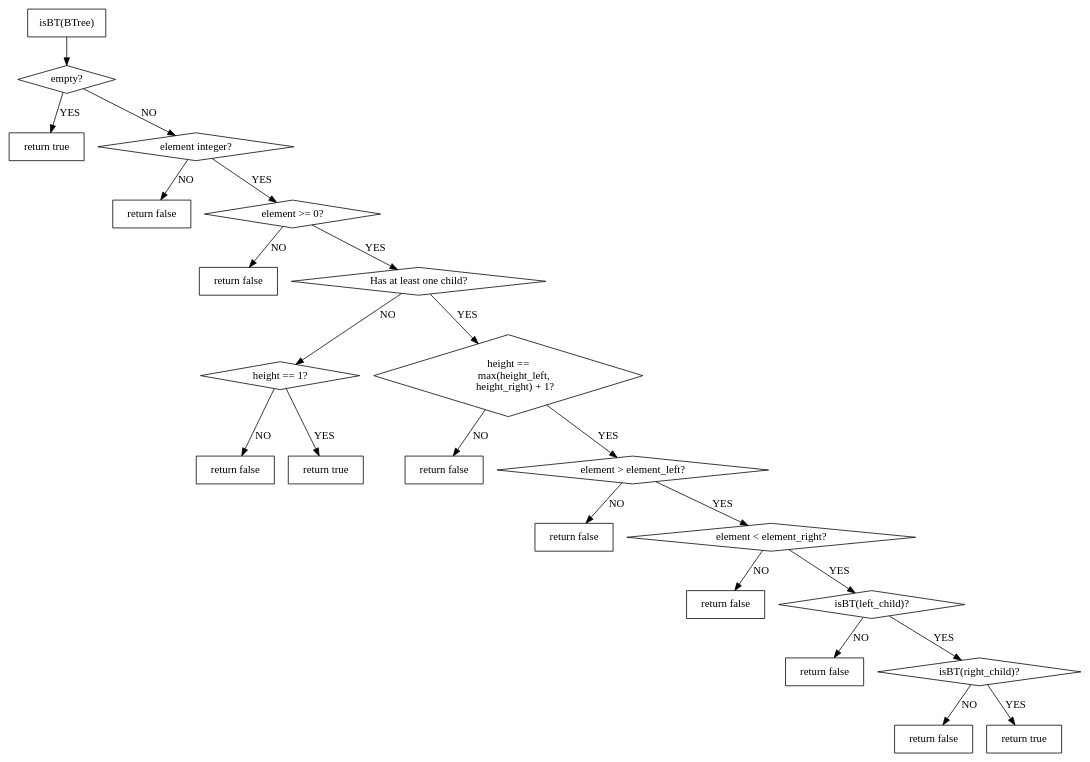
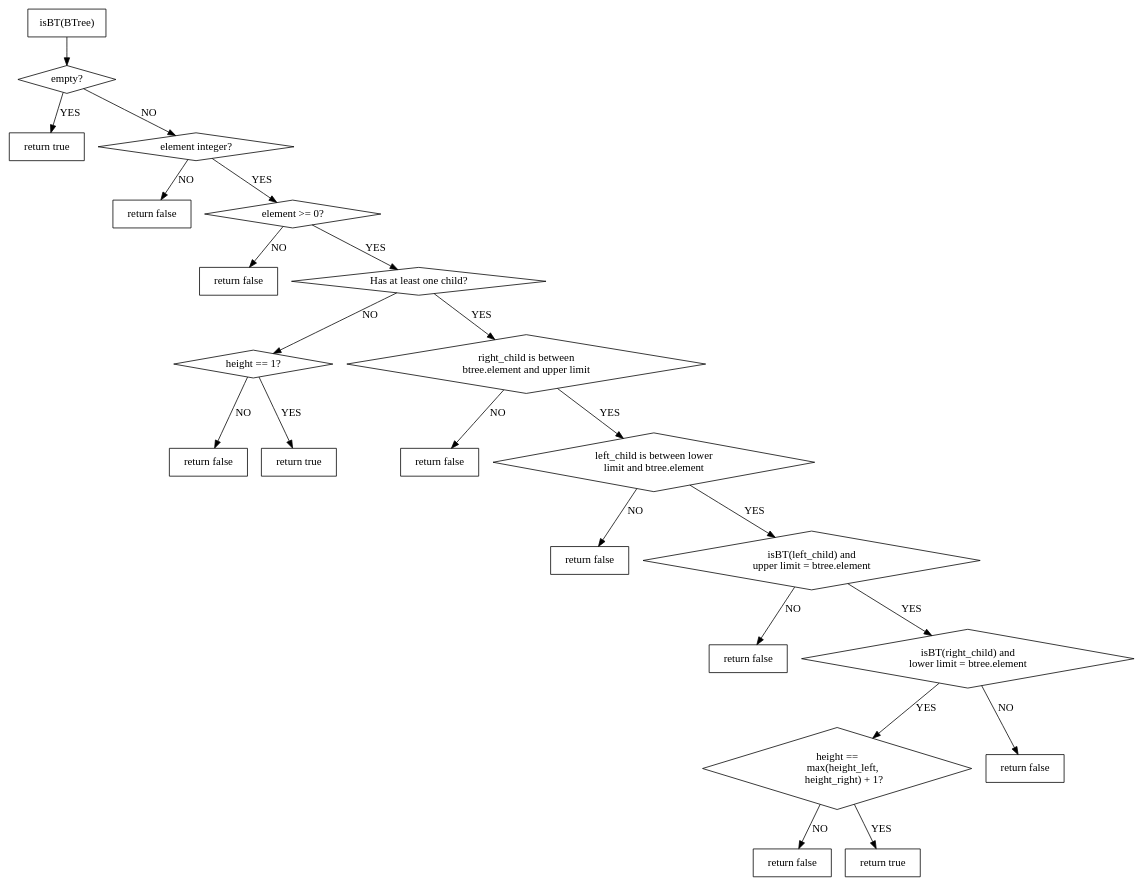
Before and after one commit to hugoppp-uni/Algorithmen-und-Datenstrukturen: the diagram in doc/aufg1/graphViz/isBt.gv, drawn with Graphviz. The commit also changed 3 other files, not shown here.

```diff
--- a/doc/aufg1/graphViz/isBt.gv
+++ b/doc/aufg1/graphViz/isBt.gv
@@ -1,53 +1,55 @@
 digraph Q {
 
 NOde [shape = box];
 compound = true;
 
     //TODO height mit Intervallen
     "isBT(BTree)" -> a1
     a1 [label = "empty?" shape = diamond]
     a1 -> true1 [label = "YES"]
     a1 -> a2 [label = "NO"]
     a2 [label = "element integer?" shape = diamond]
     a2 -> false1 [label = "NO"]
     a2 -> a3 [label = "YES"]
     a3 [label = "element >= 0?" shape = diamond]
     a3 -> false2 [label = "NO"]
     a3 -> a4 [label = "YES"]
     a4 [label = "Has at least one child?" shape = diamond]
     a4 -> a5 [label = "NO"]
     a5 [label = "height == 1?" shape = diamond]
     a5 -> false3 [label = "NO"]
     a5 -> true2 [label = "YES"]
-    a4 -> a7 [label = "YES"]
     a7 [label = "height ==
      max(height_left,
       height_right) + 1?" shape = diamond]
     a7 -> false4 [label = "NO"]
-    a7 -> a8 [label = "YES"]
-    a8 [label = "element > element_left?" shape = diamond]
+    a8 [label = "right_child is between\nbtree.element and upper limit" shape = diamond]
     a8 -> false5 [label = "NO"]
-    a8 -> a9 [label = "YES"]
-    a9 [label = "element < element_right?" shape = diamond]
+    a9 [label = "left_child is between lower\nlimit and btree.element" shape = diamond]
     a9 -> false6 [label = "NO"]
-    a9 -> a10 [label = "YES"]
-    a10 [label = "isBT(left_child)?" shape = diamond]
+    a10 [label = "isBT(left_child) and\nupper limit = btree.element" shape = diamond]
     a10 -> false7 [label = "NO"]
     a10 -> a11 [label = "YES"]
-    a11 [label = "isBT(right_child)?" shape = diamond]
+    a11 [label = "isBT(right_child) and\nlower limit = btree.element" shape = diamond]
     a11 -> false8 [label = "NO"]
-    a11 -> true3 [label = "YES"]
+    a11 -> a7 [label = "YES"]
+    a7 -> true3 [label = "YES"]
+    
+    a4 -> a8 [label = "YES"]
+    a8 -> a9 [label = "YES"]
+    a9 -> a10 [label = "YES"]
+    
 
     true1 [label = "return true"]
     true2 [label = "return true"]
     true3 [label = "return true"]
 
     false1 [label = "return false"]
     false2 [label = "return false"]
     false3 [label = "return false"]
     false4 [label = "return false"]
     false5 [label = "return false"]
     false6 [label = "return false"]
     false7 [label = "return false"]
     false8 [label = "return false"]
 }
```
